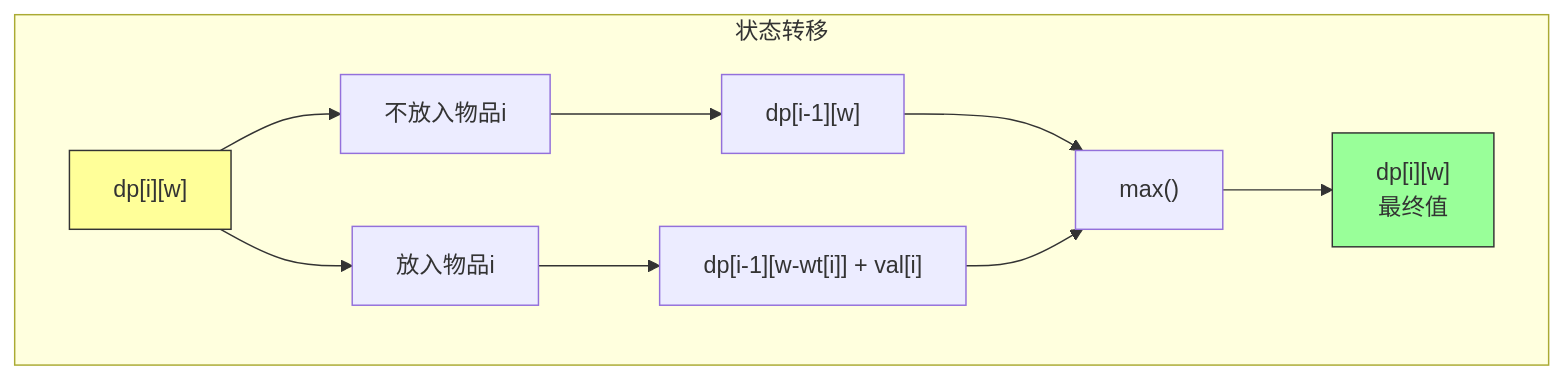
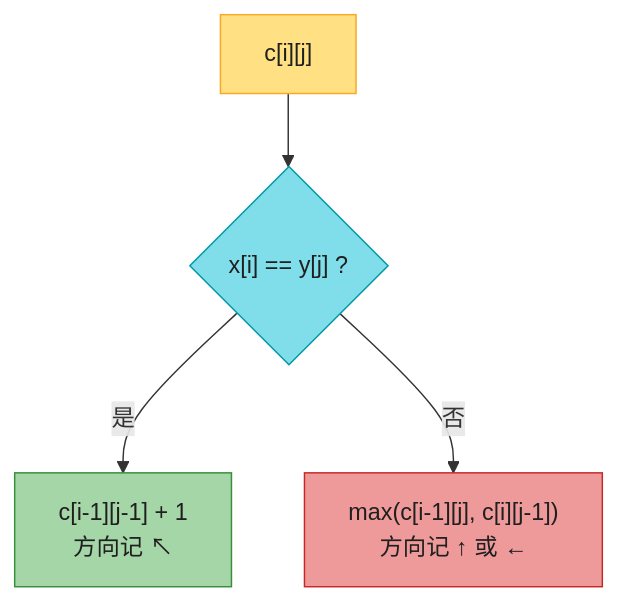
The sixth of 11 diagrams in IntroductionToAlgorithms/Chapter14_动态规划_深度版.md (socoo123/book_reading), drawn with Mermaid before and after one commit. The commit also changed other lines of this file and 30 other files, not shown here.

````diff
--- a/IntroductionToAlgorithms/Chapter14_动态规划_深度版.md
+++ b/IntroductionToAlgorithms/Chapter14_动态规划_深度版.md
@@ -510,18 +544,15 @@
 ```mermaid
-flowchart TD
-    subgraph 状态转移
-    A["dp[i][w]"] --> B["不放入物品i"]
-    A --> C["放入物品i"]
+graph TD
+    A["c[i][j]"] --> B{"x[i] == y[j] ?"}
+    B -->|"是"| C["c[i-1][j-1] + 1<br/>方向记 ↖"]
+    B -->|"否"| D["max(c[i-1][j], c[i][j-1])<br/>方向记 ↑ 或 ←"]
 
-    B --> B1["dp[i-1][w]"]
-    C --> C1["dp[i-1][w-wt[i]] + val[i]"]
-
-    B1 --> D["max()"]
-    C1 --> D
-
-    D --> E["dp[i][w]<br/>最终值"]
-    end
-
-    style A fill:#ffff99,stroke:#333
-    style E fill:#99ff99,stroke:#333
+    classDef cur fill:#FFE082,stroke:#F9A825,color:#1f1f1f
+    classDef cond fill:#80DEEA,stroke:#0097A7,color:#1f1f1f
+    classDef hit fill:#A5D6A7,stroke:#388E3C,color:#1f1f1f
+    classDef miss fill:#EF9A9A,stroke:#C62828,color:#1f1f1f
+    class A cur
+    class B cond
+    class C hit
+    class D miss
 ```
````
